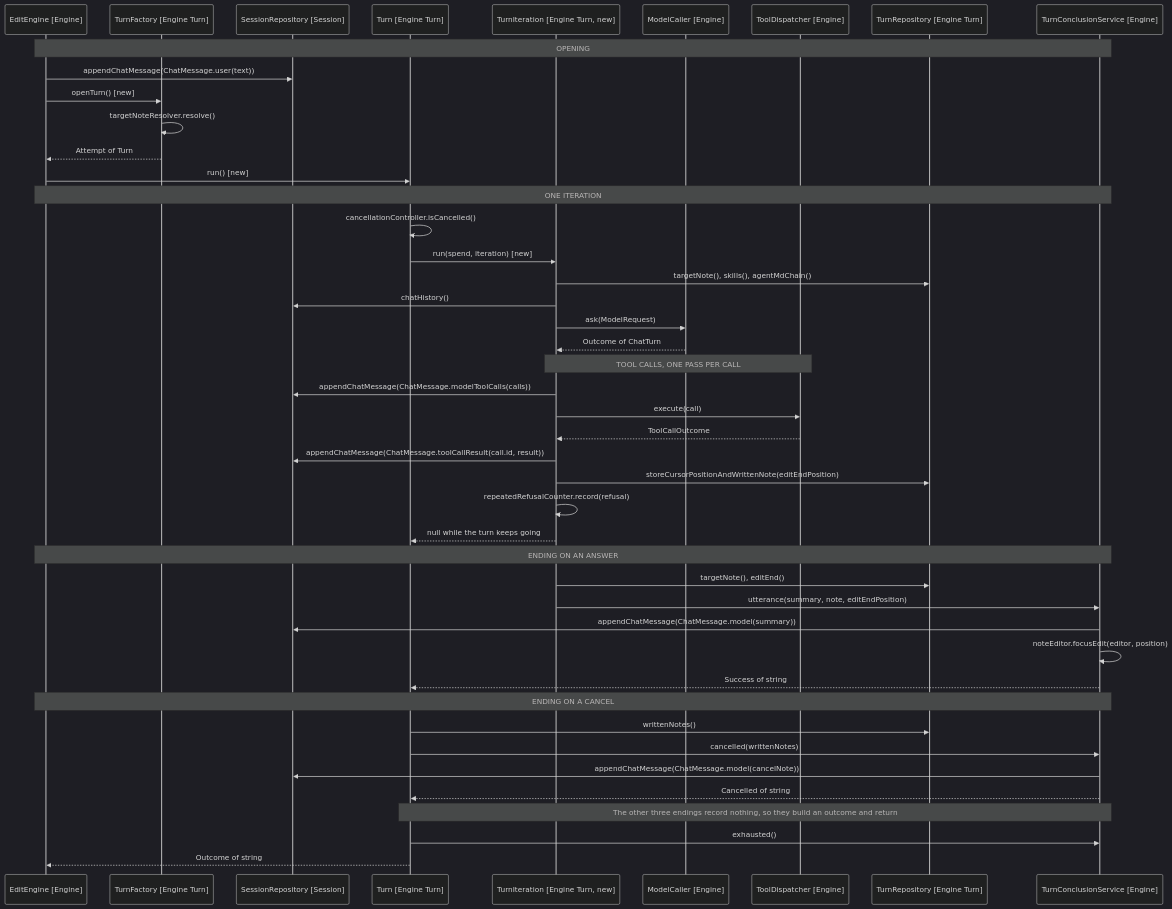
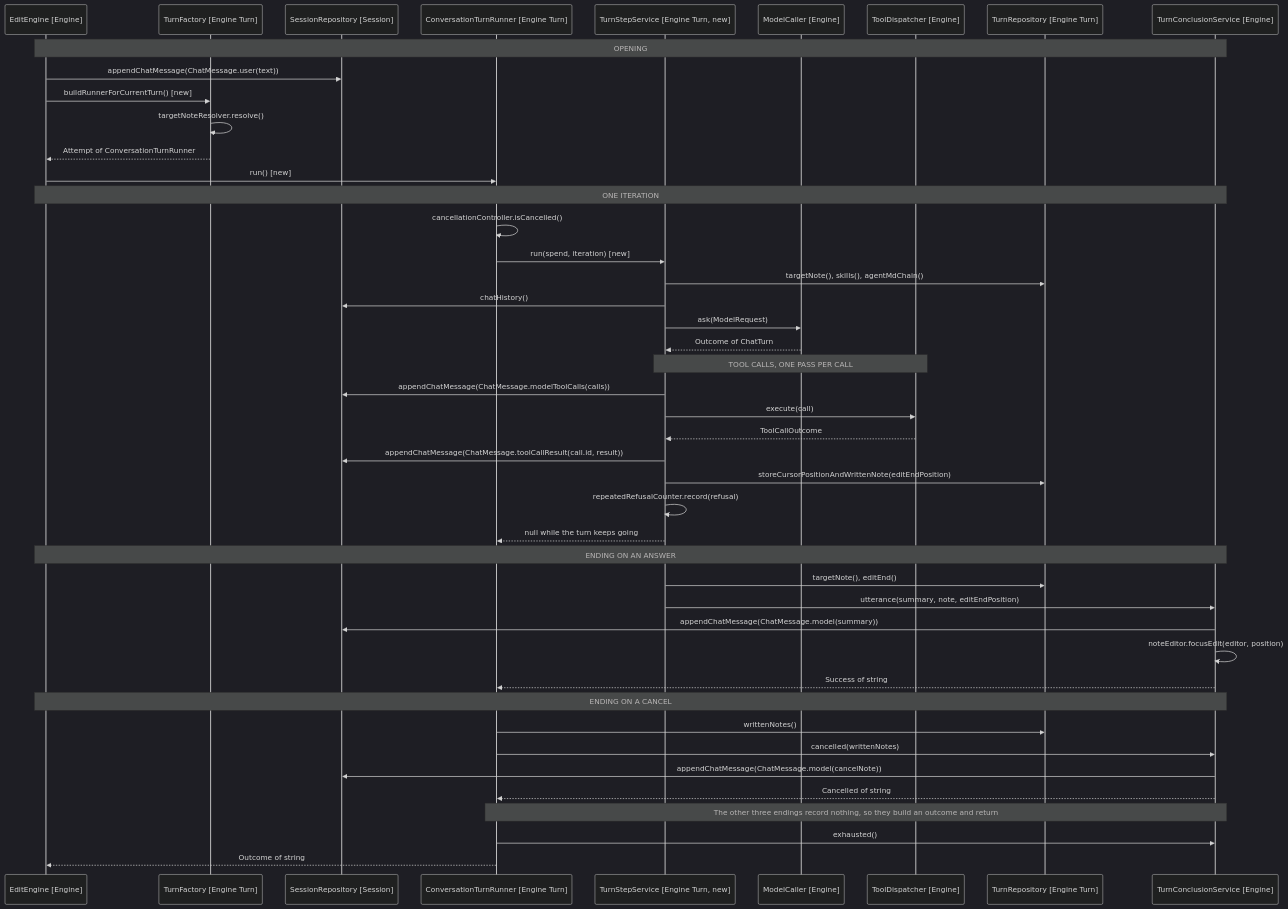
Before and after one commit to iparips/obsidian-owl: the diagram in docs/spec/17-layering/6-design-turn-sequence.md, drawn with Mermaid (dark theme). The commit also changed other lines of this file and 9 other files, not shown here.

````diff
--- a/docs/spec/17-layering/6-design-turn-sequence.md
+++ b/docs/spec/17-layering/6-design-turn-sequence.md
@@ -7,53 +7,53 @@
 ```mermaid
 sequenceDiagram
     participant Engine as EditEngine [Engine]
     participant Factory as TurnFactory [Engine Turn]
     participant Session as SessionRepository [Session]
-    participant Turn as Turn [Engine Turn]
-    participant Iteration as TurnIteration [Engine Turn, new]
+    participant Turn as ConversationTurnRunner [Engine Turn]
+    participant StepService as TurnStepService [Engine Turn, new]
     participant Caller as ModelCaller [Engine]
     participant Dispatcher as ToolDispatcher [Engine]
     participant TurnRepo as TurnRepository [Engine Turn]
     participant Conclusion as TurnConclusionService [Engine]
 
     Note over Engine,Conclusion: OPENING
     Engine->>Session: appendChatMessage(ChatMessage.user(text))
-    Engine->>Factory: openTurn() [new]
+    Engine->>Factory: buildRunnerForCurrentTurn() [new]
     Factory->>Factory: targetNoteResolver.resolve()
-    Factory-->>Engine: Attempt of Turn
+    Factory-->>Engine: Attempt of ConversationTurnRunner
     Engine->>Turn: run() [new]
 
     Note over Engine,Conclusion: ONE ITERATION
     Turn->>Turn: cancellationController.isCancelled()
-    Turn->>Iteration: run(spend, iteration) [new]
-    Iteration->>TurnRepo: targetNote(), skills(), agentMdChain()
-    Iteration->>Session: chatHistory()
-    Iteration->>Caller: ask(ModelRequest)
-    Caller-->>Iteration: Outcome of ChatTurn
+    Turn->>StepService: run(spend, iteration) [new]
+    StepService->>TurnRepo: targetNote(), skills(), agentMdChain()
+    StepService->>Session: chatHistory()
+    StepService->>Caller: ask(ModelRequest)
+    Caller-->>StepService: Outcome of ChatTurn
 
-    Note over Iteration,Dispatcher: TOOL CALLS, ONE PASS PER CALL
-    Iteration->>Session: appendChatMessage(ChatMessage.modelToolCalls(calls))
-    Iteration->>Dispatcher: execute(call)
-    Dispatcher-->>Iteration: ToolCallOutcome
-    Iteration->>Session: appendChatMessage(ChatMessage.toolCallResult(call.id, result))
-    Iteration->>TurnRepo: storeCursorPositionAndWrittenNote(editEndPosition)
-    Iteration->>Iteration: repeatedRefusalCounter.record(refusal)
-    Iteration-->>Turn: null while the turn keeps going
+    Note over StepService,Dispatcher: TOOL CALLS, ONE PASS PER CALL
+    StepService->>Session: appendChatMessage(ChatMessage.modelToolCalls(calls))
+    StepService->>Dispatcher: execute(call)
+    Dispatcher-->>StepService: ToolCallOutcome
+    StepService->>Session: appendChatMessage(ChatMessage.toolCallResult(call.id, result))
+    StepService->>TurnRepo: storeCursorPositionAndWrittenNote(editEndPosition)
+    StepService->>StepService: repeatedRefusalCounter.record(refusal)
+    StepService-->>Turn: null while the turn keeps going
 
     Note over Engine,Conclusion: ENDING ON AN ANSWER
-    Iteration->>TurnRepo: targetNote(), editEnd()
-    Iteration->>Conclusion: utterance(summary, note, editEndPosition)
+    StepService->>TurnRepo: targetNote(), editEnd()
+    StepService->>Conclusion: utterance(summary, note, editEndPosition)
     Conclusion->>Session: appendChatMessage(ChatMessage.model(summary))
     Conclusion->>Conclusion: noteEditor.focusEdit(editor, position)
     Conclusion-->>Turn: Success of string
 
     Note over Engine,Conclusion: ENDING ON A CANCEL
     Turn->>TurnRepo: writtenNotes()
     Turn->>Conclusion: cancelled(writtenNotes)
     Conclusion->>Session: appendChatMessage(ChatMessage.model(cancelNote))
     Conclusion-->>Turn: Cancelled of string
 
     Note over Turn,Conclusion: The other three endings record nothing, so they build an outcome and return
     Turn->>Conclusion: exhausted()
     Turn-->>Engine: Outcome of string
 ```
````
